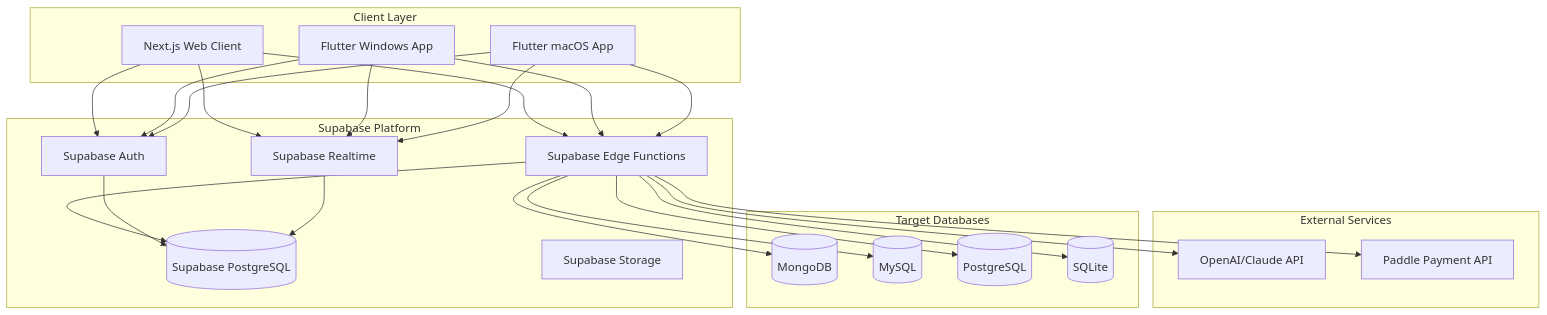
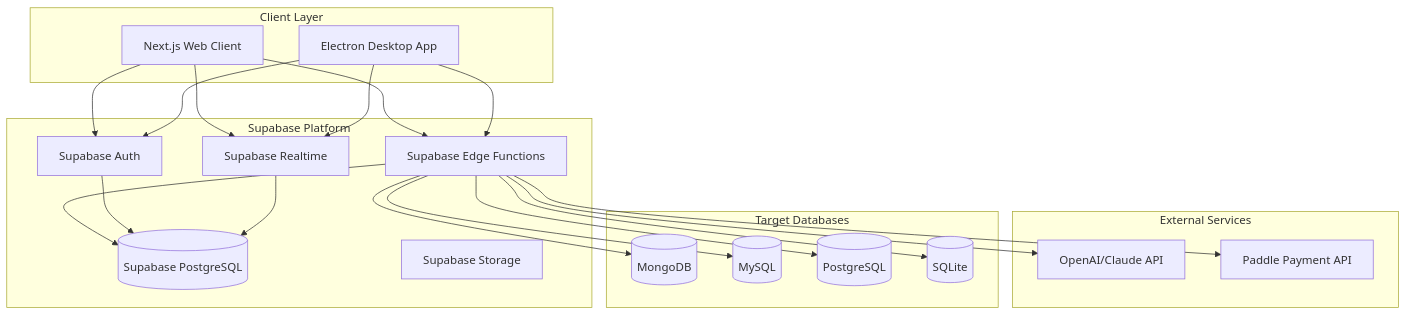
The diagram in .kiro/specs/database-gui-client/design.md (liuxiong332/copilotdb), drawn with Mermaid before and after one commit. The commit also changed other lines of this file and 100 other files, not shown here.

````diff
--- a/.kiro/specs/database-gui-client/design.md
+++ b/.kiro/specs/database-gui-client/design.md
@@ -11,52 +11,48 @@
 ```mermaid
 graph TB
     subgraph "Client Layer"
         WEB[Next.js Web Client]
-        WIN[Flutter Windows App]
-        MAC[Flutter macOS App]
+        DESKTOP[Electron Desktop App]
     end
     
     subgraph "Supabase Platform"
         SUPA_AUTH[Supabase Auth]
         SUPA_DB[(Supabase PostgreSQL)]
         SUPA_STORAGE[Supabase Storage]
         SUPA_REALTIME[Supabase Realtime]
         EDGE_FUNC[Supabase Edge Functions]
     end
     
     subgraph "External Services"
         OPENAI[OpenAI/Claude API]
         PADDLE[Paddle Payment API]
     end
     
     subgraph "Target Databases"
         MONGO[(MongoDB)]
         MYSQL[(MySQL)]
         POSTGRES[(PostgreSQL)]
         SQLITE[(SQLite)]
     end
     
     WEB --> SUPA_AUTH
-    WIN --> SUPA_AUTH
-    MAC --> SUPA_AUTH
+    DESKTOP --> SUPA_AUTH
     
     WEB --> EDGE_FUNC
-    WIN --> EDGE_FUNC
-    MAC --> EDGE_FUNC
+    DESKTOP --> EDGE_FUNC
     
     WEB --> SUPA_REALTIME
-    WIN --> SUPA_REALTIME
-    MAC --> SUPA_REALTIME
+    DESKTOP --> SUPA_REALTIME
     
     EDGE_FUNC --> SUPA_DB
     EDGE_FUNC --> OPENAI
     EDGE_FUNC --> PADDLE
     
     EDGE_FUNC --> MONGO
     EDGE_FUNC --> MYSQL
     EDGE_FUNC --> POSTGRES
     EDGE_FUNC --> SQLITE
     
     SUPA_AUTH --> SUPA_DB
     SUPA_REALTIME --> SUPA_DB
 ```
````
